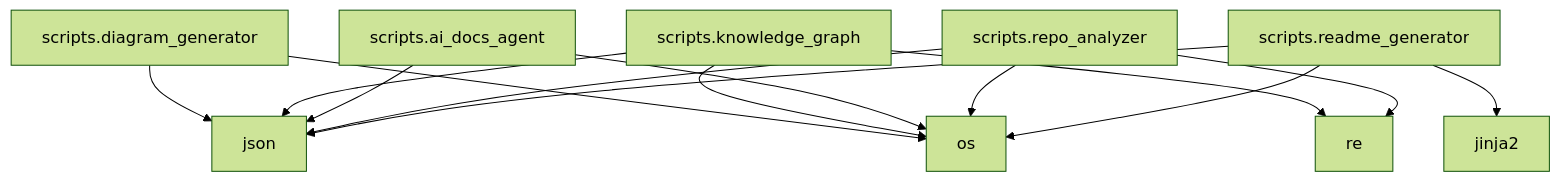
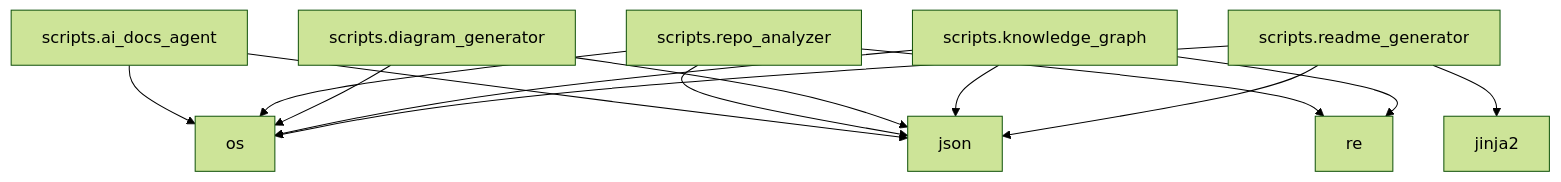
The diagram in README.md (NITISH-R-G/FACE-EMOTION-DETECTION), drawn with Mermaid (forest theme) before and after one commit. The commit also changed other lines of this file and 3 other files, not shown here.

Commit message:
docs: auto-update repository documentation and diagrams [skip ci]

````diff
--- a/README.md
+++ b/README.md
@@ -45,30 +45,30 @@
 ```mermaid
 graph TD;
+    scripts_ai_docs_agent["scripts.ai_docs_agent"];
+    click scripts_ai_docs_agent "scripts/ai_docs_agent.py" "View source";
+    os["os"];
+    json["json"];
+    scripts_repo_analyzer["scripts.repo_analyzer"];
+    click scripts_repo_analyzer "scripts/repo_analyzer.py" "View source";
+    re["re"];
     scripts_diagram_generator["scripts.diagram_generator"];
     click scripts_diagram_generator "scripts/diagram_generator.py" "View source";
-    json["json"];
-    os["os"];
     scripts_knowledge_graph["scripts.knowledge_graph"];
     click scripts_knowledge_graph "scripts/knowledge_graph.py" "View source";
-    re["re"];
-    scripts_ai_docs_agent["scripts.ai_docs_agent"];
-    click scripts_ai_docs_agent "scripts/ai_docs_agent.py" "View source";
-    scripts_repo_analyzer["scripts.repo_analyzer"];
-    click scripts_repo_analyzer "scripts/repo_analyzer.py" "View source";
     scripts_readme_generator["scripts.readme_generator"];
     click scripts_readme_generator "scripts/readme_generator.py" "View source";
     jinja2["jinja2"];
+    scripts_ai_docs_agent --> os;
+    scripts_ai_docs_agent --> json;
+    scripts_repo_analyzer --> os;
+    scripts_repo_analyzer --> json;
+    scripts_repo_analyzer --> re;
     scripts_diagram_generator --> json;
     scripts_diagram_generator --> os;
     scripts_knowledge_graph --> os;
     scripts_knowledge_graph --> json;
     scripts_knowledge_graph --> re;
-    scripts_ai_docs_agent --> os;
-    scripts_ai_docs_agent --> json;
-    scripts_repo_analyzer --> os;
-    scripts_repo_analyzer --> json;
-    scripts_repo_analyzer --> re;
     scripts_readme_generator --> json;
     scripts_readme_generator --> os;
     scripts_readme_generator --> jinja2;
 ```
````
